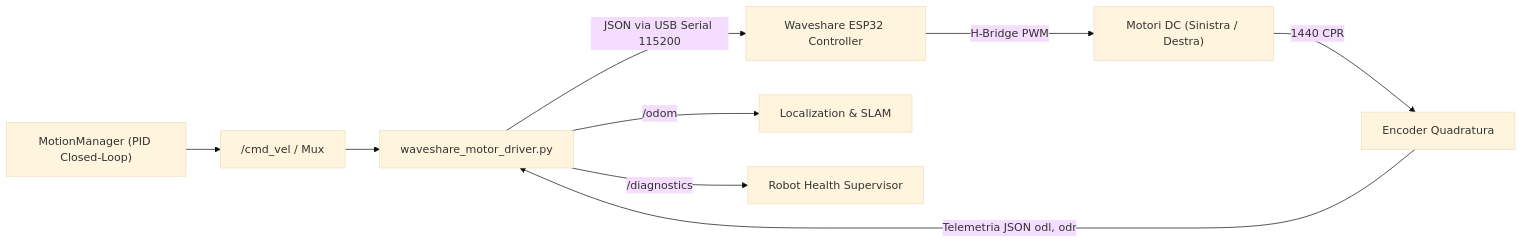
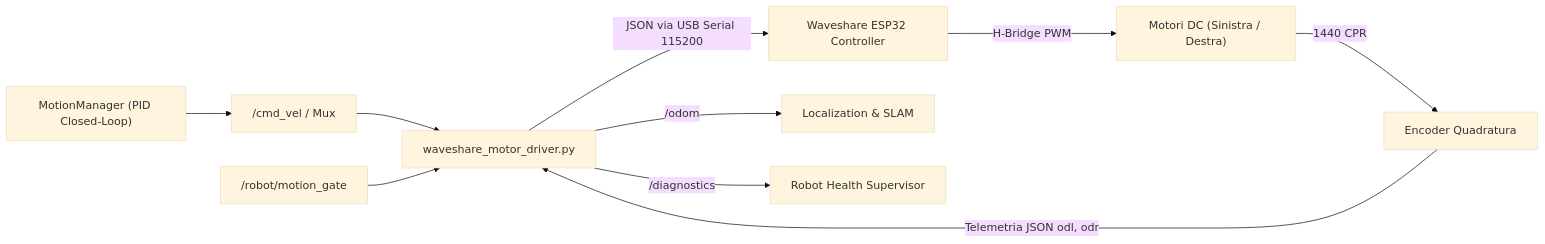
Before and after one commit to ermagoderlago/robopy_controller2: the diagram in docs/specs/SPEC-01_actuation_and_motion.md, drawn with Mermaid (base theme). The commit also changed other lines of this file and 23 other files, not shown here.

````diff
--- a/docs/specs/SPEC-01_actuation_and_motion.md
+++ b/docs/specs/SPEC-01_actuation_and_motion.md
@@ -18,11 +18,12 @@
 ```mermaid
 graph LR
     CMD["/cmd_vel / Mux"] --> DRV["waveshare_motor_driver.py"]
+    GATE["/robot/motion_gate"] --> DRV
     PID["MotionManager (PID Closed-Loop)"] --> CMD
     DRV -->|JSON via USB Serial 115200| ESP["Waveshare ESP32 Controller"]
     ESP -->|H-Bridge PWM| MOT["Motori DC (Sinistra / Destra)"]
     MOT -->|1440 CPR| ENC["Encoder Quadratura"]
     ENC -->|Telemetria JSON odl, odr| DRV
     DRV -->|/odom| EKF["Localization & SLAM"]
     DRV -->|/diagnostics| MON["Robot Health Supervisor"]
 ```
````
